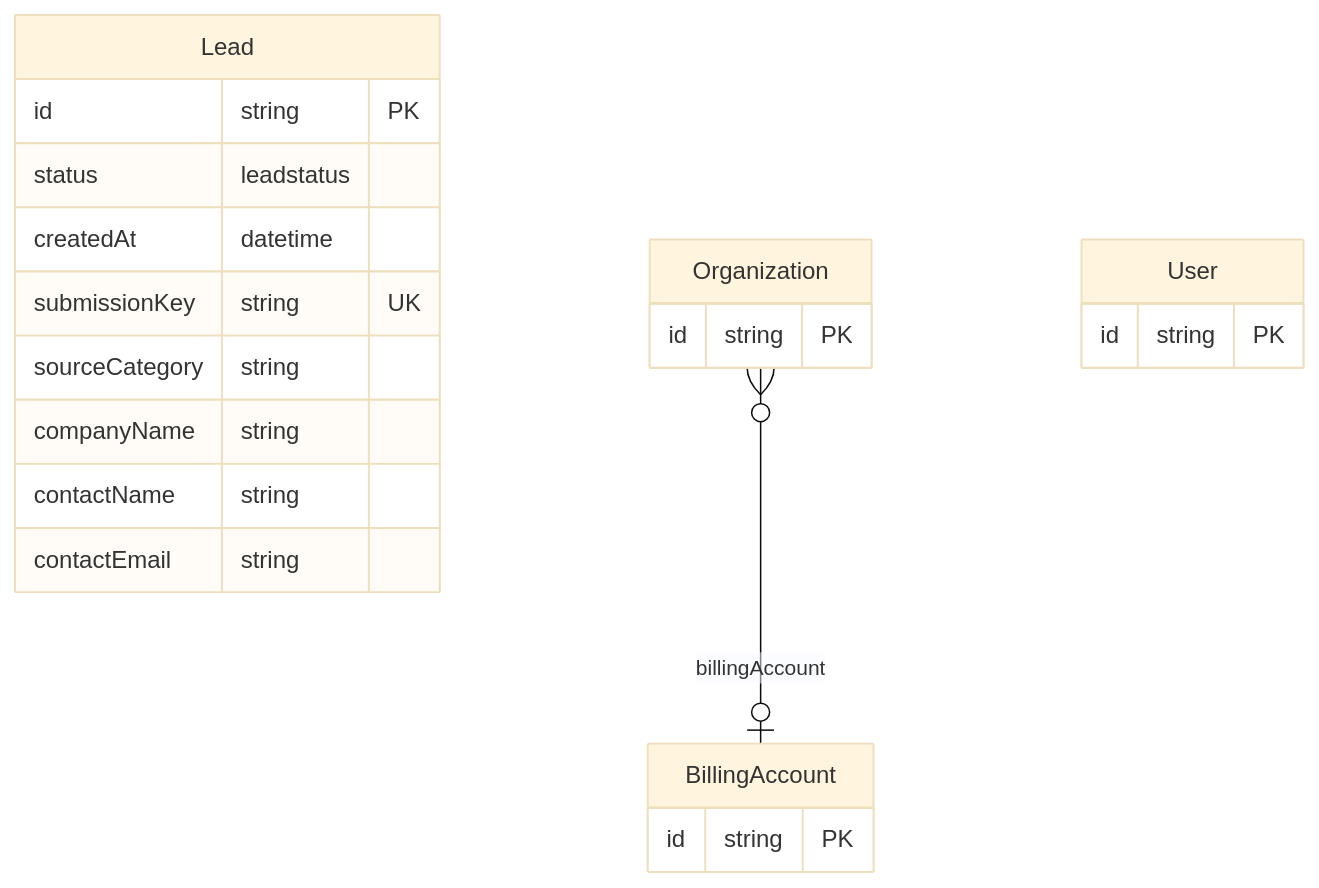
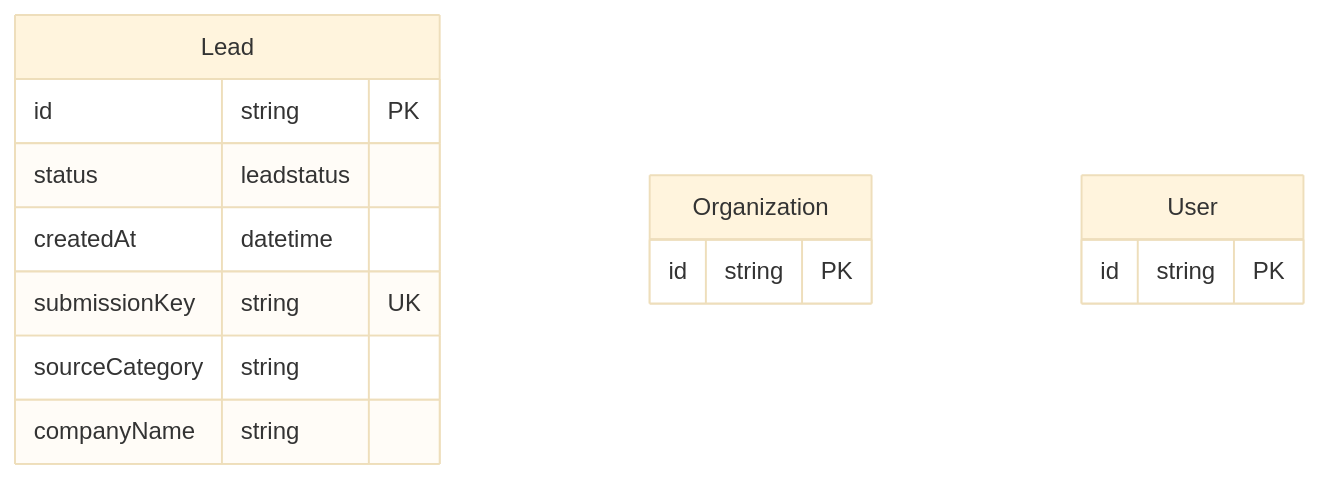
The first of 4 diagrams in docs/prisma/domains/10-compliance-and-system.md (Practitionist/familiarise_web), drawn with Mermaid (base theme) before and after one commit. The commit also changed other lines of this file and 14 other files, not shown here.

````diff
--- a/docs/prisma/domains/10-compliance-and-system.md
+++ b/docs/prisma/domains/10-compliance-and-system.md
@@ -18,23 +18,17 @@
 ```mermaid
 erDiagram
     Lead {
         id string PK
         status leadstatus
         createdAt datetime
         submissionKey string UK
         sourceCategory string
         companyName string
-        contactName string
-        contactEmail string
     }
     Organization {
         id string PK
     }
     User {
         id string PK
     }
-    BillingAccount {
-        id string PK
-    }
-    Organization }o--o| BillingAccount : "billingAccount"
 ```
````
